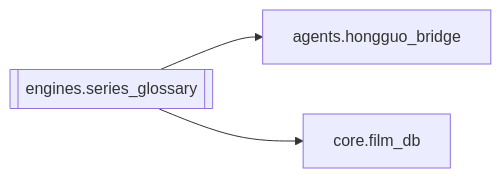
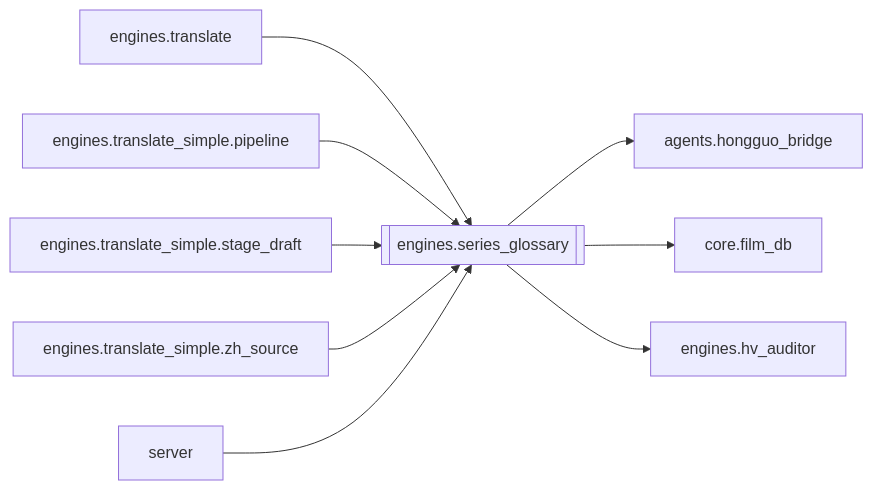
The diagram in docs/brain/modules/engines.series_glossary.md (kjza178/PinelineV5), drawn with Mermaid before and after one commit. The commit also changed other lines of this file and 227 other files, not shown here.

````diff
--- a/docs/brain/modules/engines.series_glossary.md
+++ b/docs/brain/modules/engines.series_glossary.md
@@ -16,6 +16,12 @@
 ```mermaid
 flowchart LR
   engines_series_glossary[[engines.series_glossary]]
+  engines_translate[engines.translate] --> engines_series_glossary
+  engines_translate_simple_pipeline[engines.translate_simple.pipeline] --> engines_series_glossary
+  engines_translate_simple_stage_draft[engines.translate_simple.stage_draft] --> engines_series_glossary
+  engines_translate_simple_zh_source[engines.translate_simple.zh_source] --> engines_series_glossary
+  server[server] --> engines_series_glossary
   engines_series_glossary --> agents_hongguo_bridge[agents.hongguo_bridge]
   engines_series_glossary --> core_film_db[core.film_db]
+  engines_series_glossary --> engines_hv_auditor[engines.hv_auditor]
 ```
````
